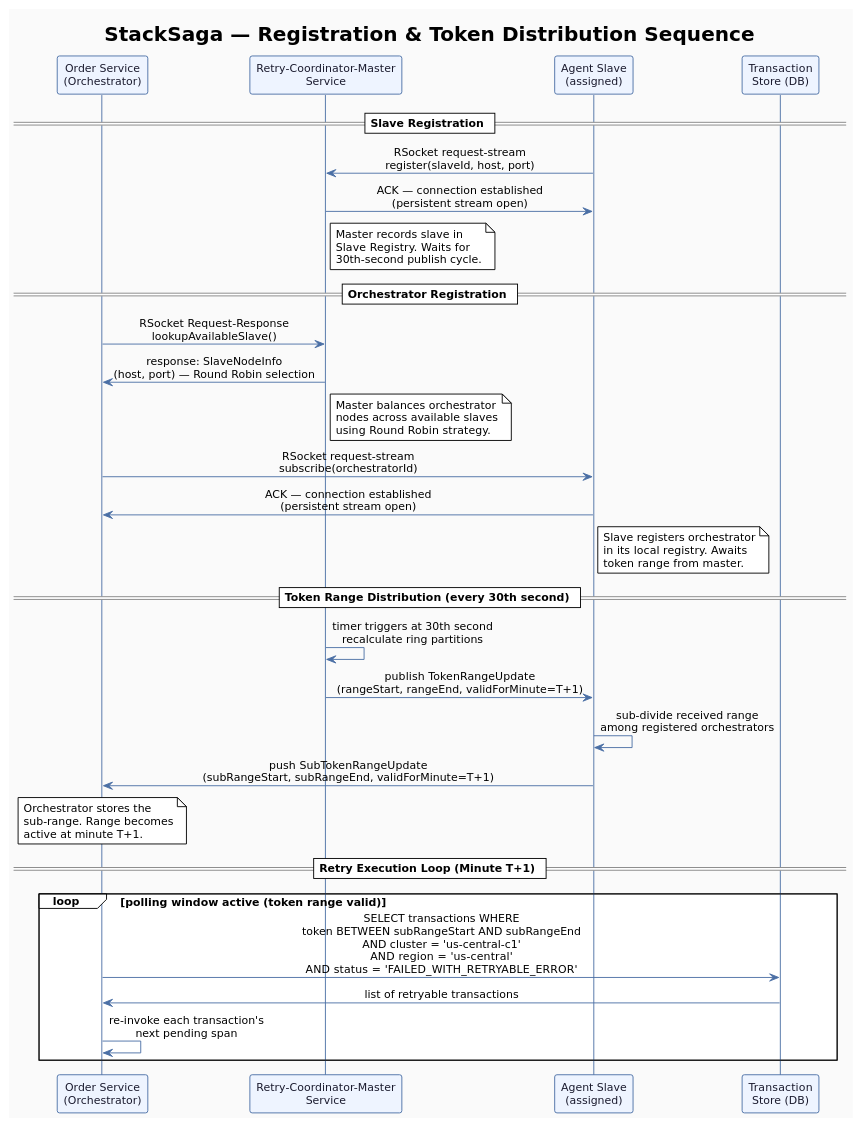
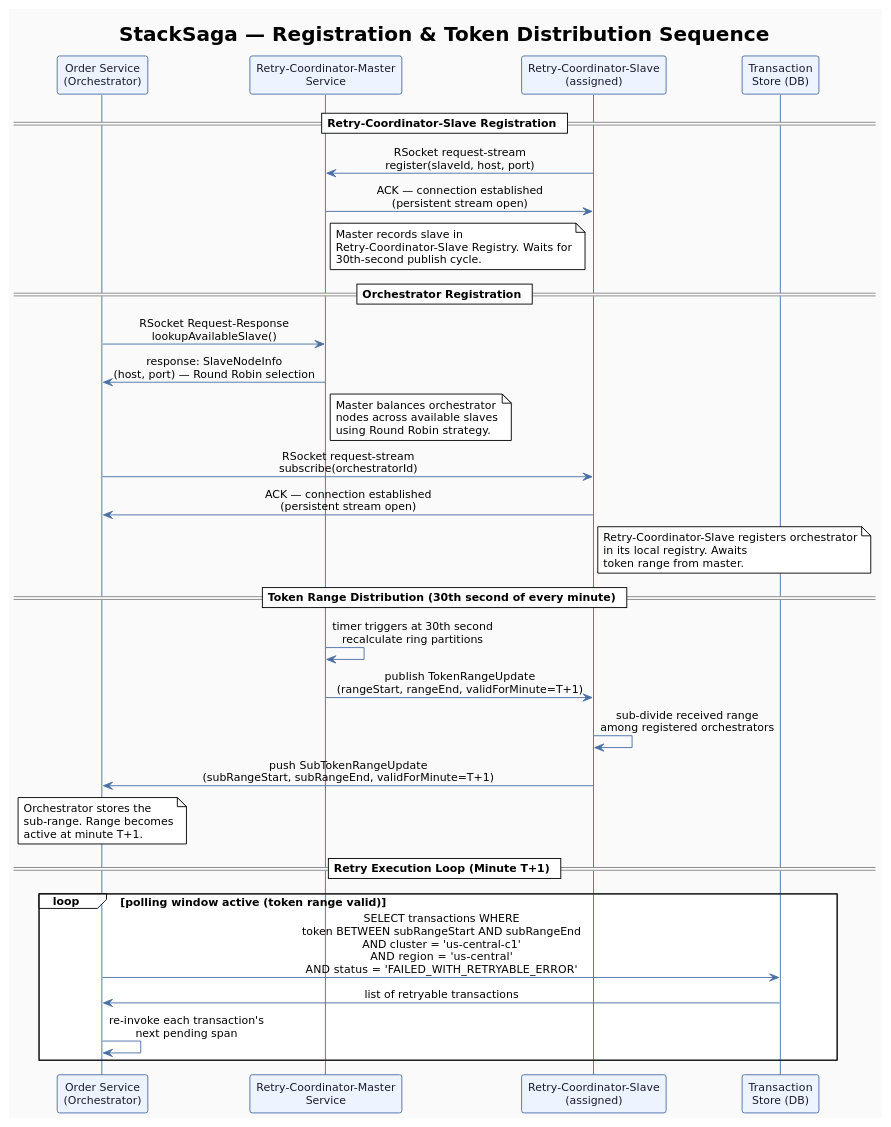
The diagram in docs/modules/ROOT/pages/transaction-retrying-with-retry-coordinator.adoc (stacksaga/stacksaga-docs), drawn with PlantUML before and after one commit. The commit also changed other lines of this file, not shown here.

Commit message:
Refine transaction retry architecture documentation for clarity and conciseness

```diff
--- a/docs/modules/ROOT/pages/transaction-retrying-with-retry-coordinator.adoc
+++ b/docs/modules/ROOT/pages/transaction-retrying-with-retry-coordinator.adoc
@@ -442,77 +398,77 @@
 [plantuml,target=registration-sequence,format=svg]
 ----
 @startuml registration-sequence
 !theme plain
 skinparam backgroundColor #FAFAFA
 skinparam defaultFontName "DejaVu Sans"
 skinparam defaultFontSize 12
 skinparam sequenceMessageAlign center
 
 skinparam participant {
   BackgroundColor #EEF4FF
   BorderColor #4A6FA5
   FontColor #1A1A2E
 }
 
 skinparam sequence {
   ArrowColor #4A6FA5
   LifeLineBorderColor #4A6FA5
   LifeLineBackgroundColor #EEF4FF
   NoteBackgroundColor #FFF9E6
   NoteBorderColor #E0A800
 }
 
 title <b>StackSaga — Registration & Token Distribution Sequence</b>
 
 participant "Order Service\n(Orchestrator)" as orc
 participant "Retry-Coordinator-Master\nService" as master
-participant "Agent Slave\n(assigned)" as slave
+participant "Retry-Coordinator-Slave\n(assigned)" as slave
 participant "Transaction\nStore (DB)" as db
 
-== Slave Registration ==
+== Retry-Coordinator-Slave Registration ==
 slave -> master : RSocket request-stream\nregister(slaveId, host, port)
 master -> slave : ACK — connection established\n(persistent stream open)
 note right of master
   Master records slave in
-  Slave Registry. Waits for
+  Retry-Coordinator-Slave Registry. Waits for
   30th-second publish cycle.
 end note
 
 == Orchestrator Registration ==
 orc -> master : RSocket Request-Response\nlookupAvailableSlave()
 master -> orc : response: SlaveNodeInfo\n(host, port) — Round Robin selection
 note right of master
   Master balances orchestrator
   nodes across available slaves
   using Round Robin strategy.
 end note
 
 orc -> slave : RSocket request-stream\nsubscribe(orchestratorId)
 slave -> orc : ACK — connection established\n(persistent stream open)
 note right of slave
-  Slave registers orchestrator
+  Retry-Coordinator-Slave registers orchestrator
   in its local registry. Awaits
   token range from master.
 end note
 
-== Token Range Distribution (every 30th second) ==
+== Token Range Distribution (30th second of every minute) ==
 master -> master : timer triggers at 30th second\nrecalculate ring partitions
 master -> slave : publish TokenRangeUpdate\n(rangeStart, rangeEnd, validForMinute=T+1)
 slave -> slave : sub-divide received range\namong registered orchestrators
 slave -> orc : push SubTokenRangeUpdate\n(subRangeStart, subRangeEnd, validForMinute=T+1)
 
 note over orc
   Orchestrator stores the
   sub-range. Range becomes
   active at minute T+1.
 end note
 
 == Retry Execution Loop (Minute T+1) ==
 loop polling window active (token range valid)
   orc -> db : SELECT transactions WHERE\ntoken BETWEEN subRangeStart AND subRangeEnd\nAND cluster = 'us-central-c1'\nAND region  = 'us-central'\nAND status  = 'FAILED_WITH_RETRYABLE_ERROR'
   db -> orc : list of retryable transactions
   orc -> orc : re-invoke each transaction's\nnext pending span
 end
 
 @enduml
 ----
```
